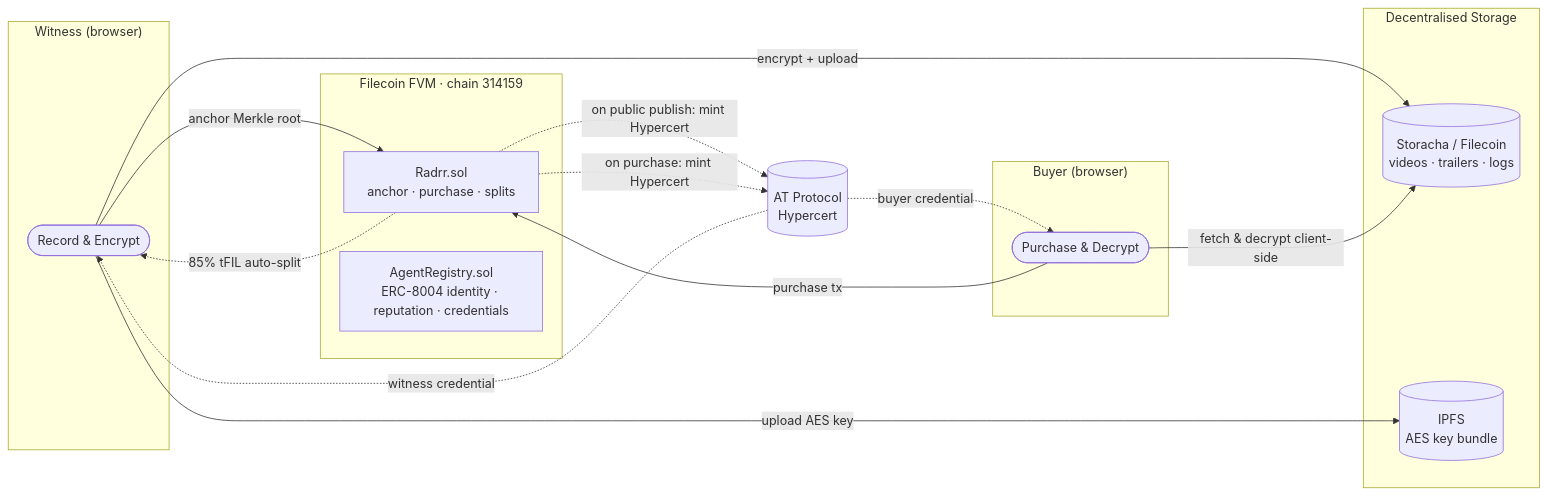
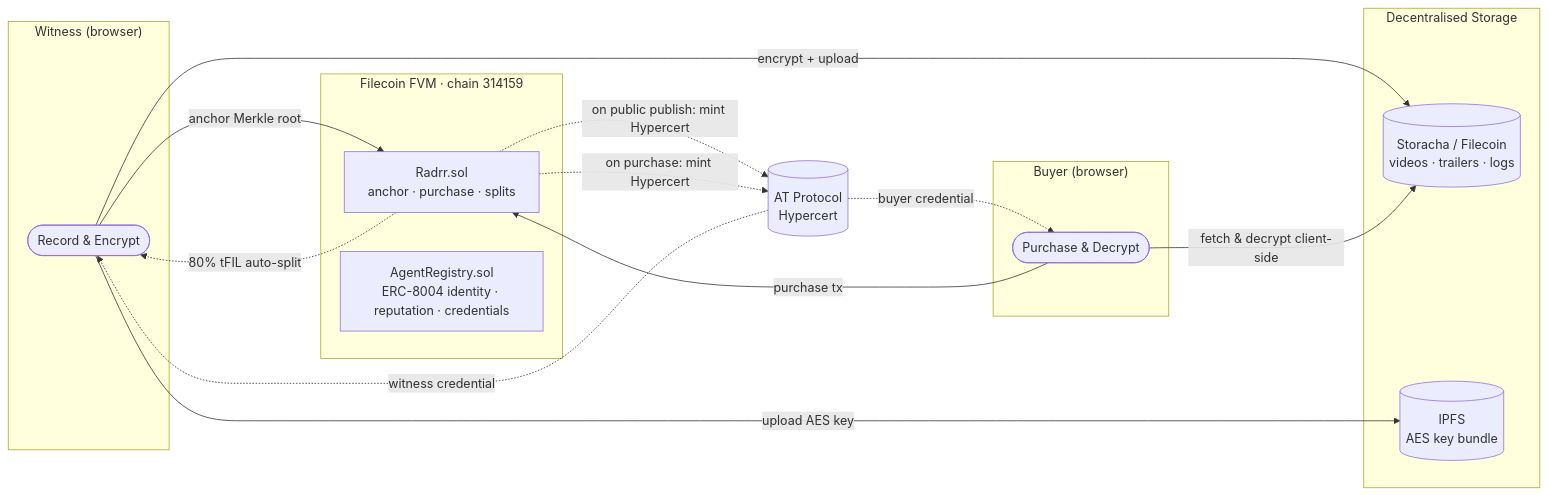
One commit to HilaryOkello/radrr changed the first of 2 diagrams in README.md. Above: the diagram before and after it, drawn with Mermaid. The commit also changed other lines of this file and 2 other files, not shown here.

First line of the commit message:
docs: Update README with 80/10/10 split and AT Protocol hypercerts

````diff
--- a/README.md
+++ b/README.md
@@ -47,33 +47,33 @@
 ```mermaid
 graph LR
     subgraph Witness["Witness (browser)"]
         W([Record & Encrypt])
     end
 
     subgraph Decentralised["Decentralised Storage"]
         ST[(Storacha / Filecoin\nvideos · trailers · logs)]
         IP[(IPFS\nAES key bundle)]
     end
 
     subgraph FVM["Filecoin FVM · chain 314159"]
         RS[Radrr.sol\nanchor · purchase · splits]
         RG[AgentRegistry.sol\nERC-8004 identity · reputation · credentials]
     end
 
     subgraph Buyer["Buyer (browser)"]
         B([Purchase & Decrypt])
     end
 
     AT[(AT Protocol\nHypercert)]
 
     W -->|"encrypt + upload"| ST
     W -->|"upload AES key"| IP
     W -->|"anchor Merkle root"| RS
-    RS -.->|"85% tFIL auto-split"| W
+    RS -.->|"80% tFIL auto-split"| W
     RS -.->|"on public publish: mint Hypercert"| AT
     AT -.->|"witness credential"| W
     B -->|"purchase tx"| RS
     RS -.->|"on purchase: mint Hypercert"| AT
     AT -.->|"buyer credential"| B
     B -->|"fetch & decrypt client-side"| ST
 ```
````
